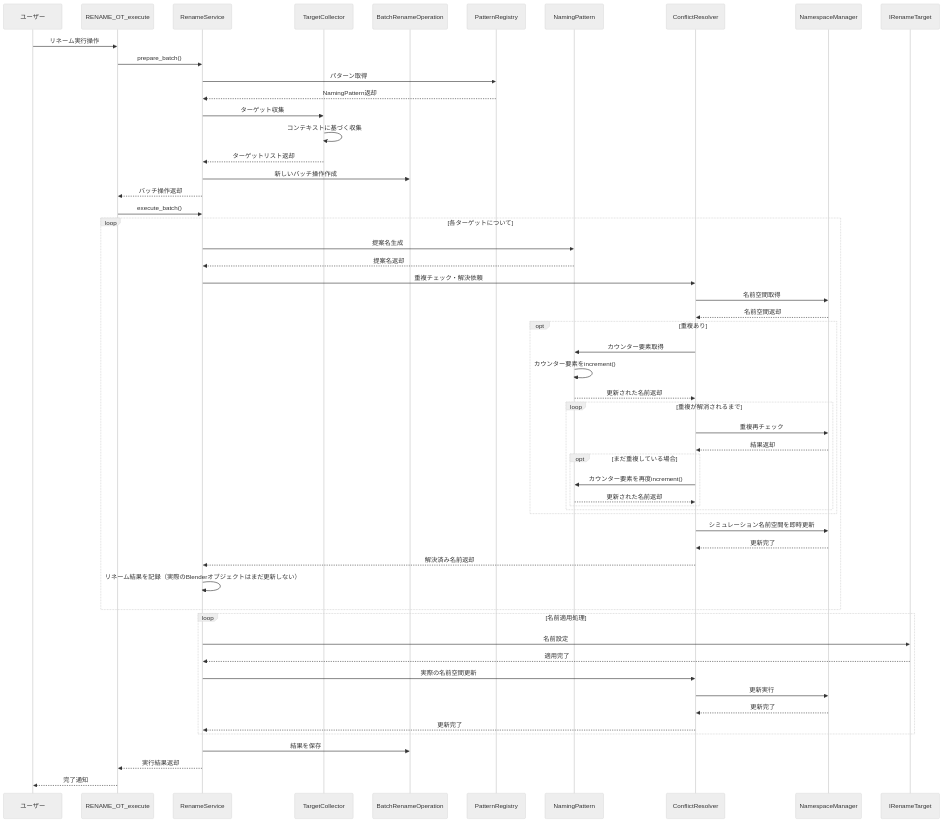
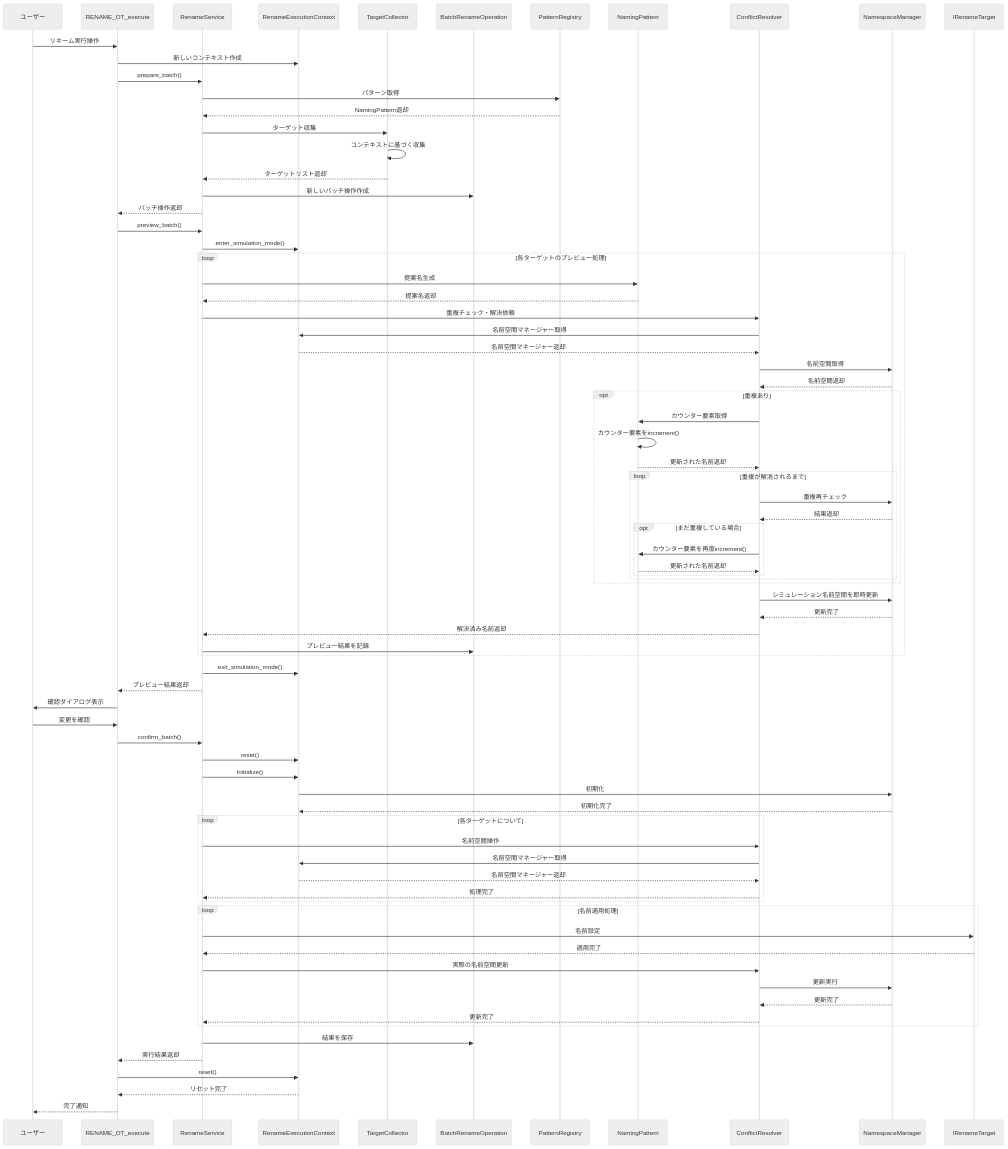
Before and after one commit to Pluglug/modular-renamer: the first of 3 diagrams in docs/source/development/design_notes/class_diagrams.rst, drawn with Mermaid (neutral theme). The commit also changed other lines of this file and 1 other file, not shown here.

Commit message:
Added rename execution context to improve preparation and execution of batch rename operations. Added a rough preview feature.

```diff
--- a/docs/source/development/design_notes/class_diagrams.rst
+++ b/docs/source/development/design_notes/class_diagrams.rst
@@ -5,11 +5,12 @@
 .. mermaid::
-    :caption: 順次処理型一括リネーム処理フロー
+    :caption: 実行コンテキストを使用した一括リネーム処理フロー
     :zoom:
 
     sequenceDiagram
         participant ユーザー
         participant RENAME_OT_execute
         participant RenameService
+        participant RenameExecutionContext
         participant TargetCollector
         participant BatchRenameOperation
         participant PatternRegistry
@@ -18,6 +19,7 @@
         participant NamespaceManager
         
         ユーザー->>RENAME_OT_execute: リネーム実行操作
+        RENAME_OT_execute->>RenameExecutionContext: 新しいコンテキスト作成
         RENAME_OT_execute->>RenameService: prepare_batch()
         
         RenameService->>PatternRegistry: パターン取得
@@ -30,13 +32,17 @@
         RenameService->>BatchRenameOperation: 新しいバッチ操作作成
         RenameService-->>RENAME_OT_execute: バッチ操作返却
         
-        RENAME_OT_execute->>RenameService: execute_batch()
+        RENAME_OT_execute->>RenameService: preview_batch()
+        RenameService->>RenameExecutionContext: enter_simulation_mode()
         
-        loop 各ターゲットについて
+        loop 各ターゲットのプレビュー処理
             RenameService->>NamingPattern: 提案名生成
             NamingPattern-->>RenameService: 提案名返却
             
             RenameService->>ConflictResolver: 重複チェック・解決依頼
+            ConflictResolver->>RenameExecutionContext: 名前空間マネージャー取得
+            RenameExecutionContext-->>ConflictResolver: 名前空間マネージャー返却
+            
             ConflictResolver->>NamespaceManager: 名前空間取得
             NamespaceManager-->>ConflictResolver: 名前空間返却
             
@@ -60,7 +66,27 @@
             NamespaceManager-->>ConflictResolver: 更新完了
             ConflictResolver-->>RenameService: 解決済み名前返却
             
-            RenameService->>RenameService: リネーム結果を記録（実際のBlenderオブジェクトはまだ更新しない）
+            RenameService->>BatchRenameOperation: プレビュー結果を記録
+        end
+        
+        RenameService->>RenameExecutionContext: exit_simulation_mode()
+        RenameService-->>RENAME_OT_execute: プレビュー結果返却
+        
+        RENAME_OT_execute->>ユーザー: 確認ダイアログ表示
+        ユーザー->>RENAME_OT_execute: 変更を確認
+        
+        RENAME_OT_execute->>RenameService: confirm_batch()
+        RenameService->>RenameExecutionContext: reset()
+        
+        RenameService->>RenameExecutionContext: initialize()
+        RenameExecutionContext->>NamespaceManager: 初期化
+        NamespaceManager-->>RenameExecutionContext: 初期化完了
+        
+        loop 各ターゲットについて
+            RenameService->>ConflictResolver: 名前空間操作
+            ConflictResolver->>RenameExecutionContext: 名前空間マネージャー取得
+            RenameExecutionContext-->>ConflictResolver: 名前空間マネージャー返却
+            ConflictResolver-->>RenameService: 処理完了
         end
         
         loop 名前適用処理
@@ -75,4 +101,6 @@
         
         RenameService->>BatchRenameOperation: 結果を保存
         RenameService-->>RENAME_OT_execute: 実行結果返却
+        RENAME_OT_execute->>RenameExecutionContext: reset()
+        RenameExecutionContext-->>RENAME_OT_execute: リセット完了
         RENAME_OT_execute-->>ユーザー: 完了通知
```
